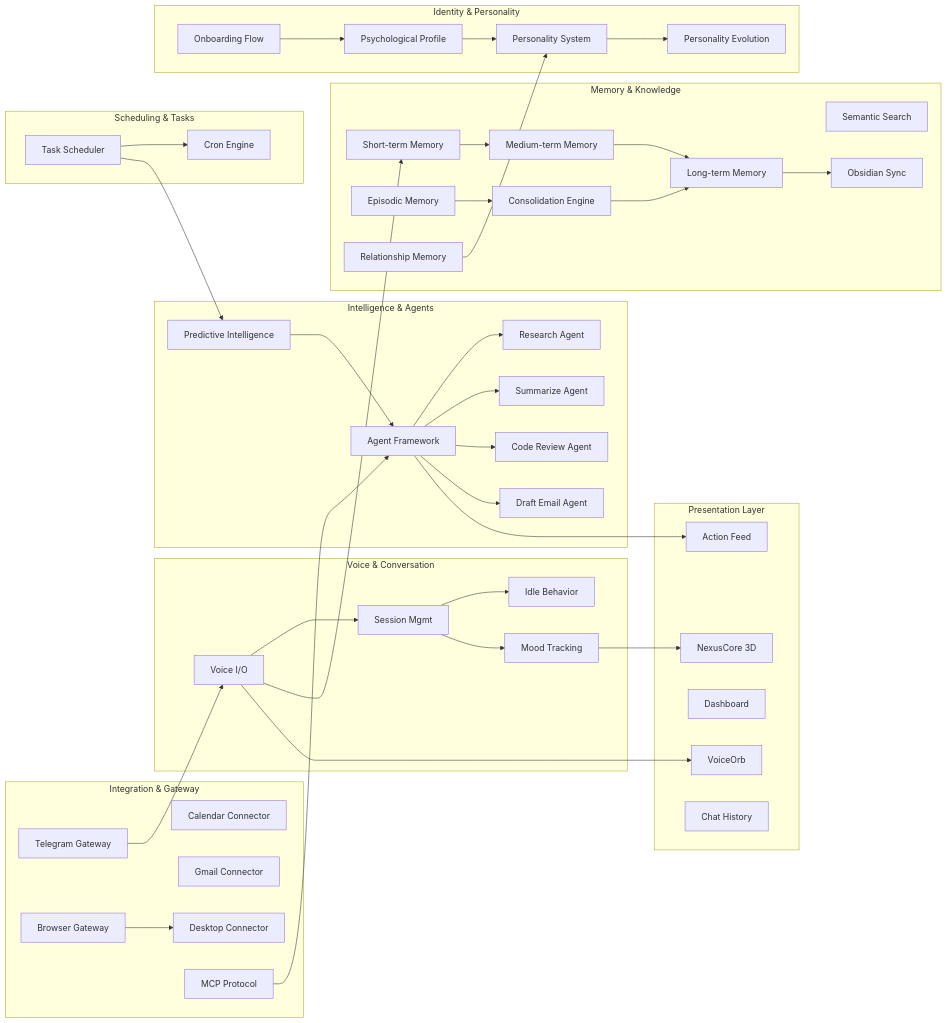
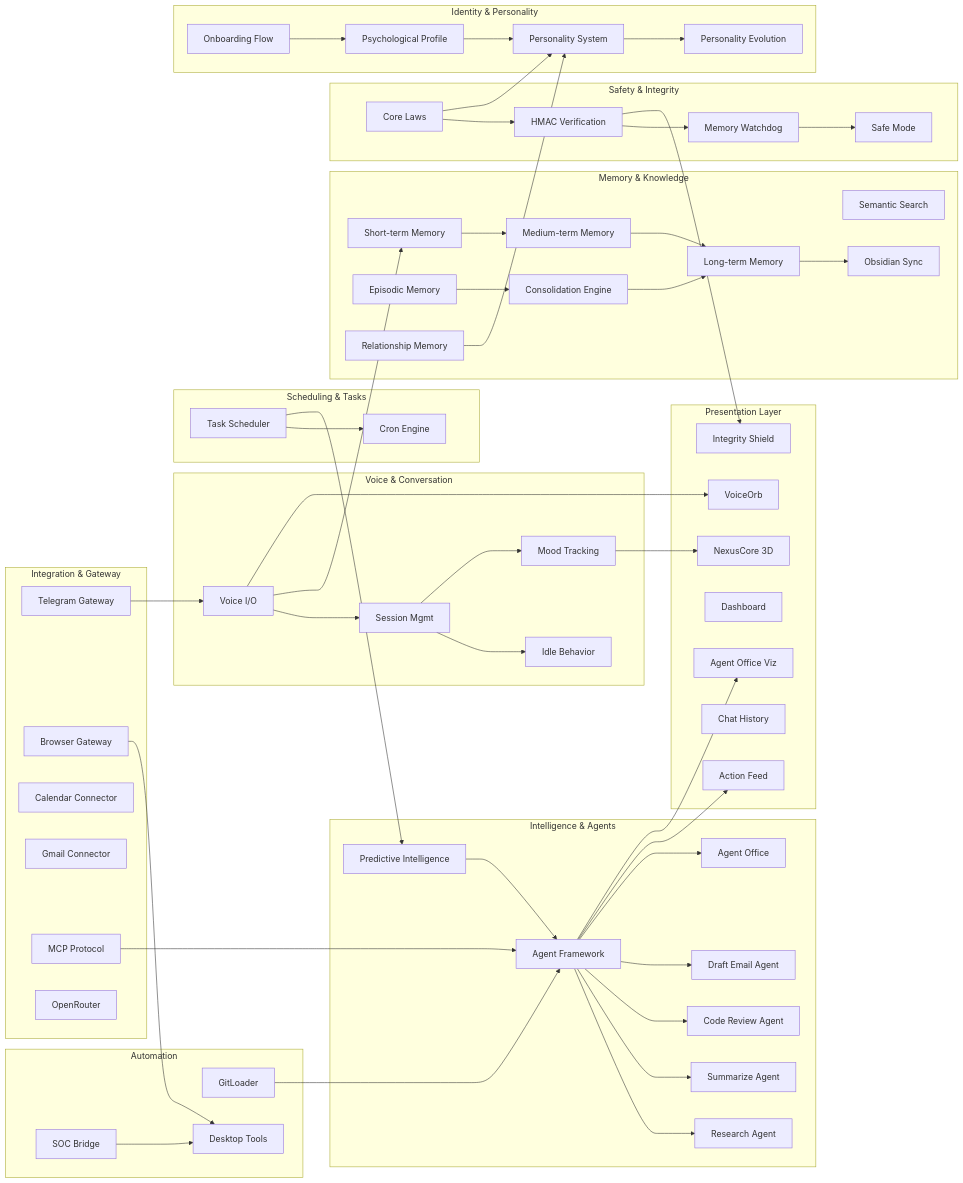
The second of 17 diagrams in ARCHITECTURE.md (FutureSpeakAI/Agent-Friday), drawn with Mermaid before and after one commit. The commit also changed other lines of this file and 1 other file, not shown here.

First line of the commit message:
Comprehensive documentation rewrite — README and ARCHITECTURE

````diff
--- a/ARCHITECTURE.md
+++ b/ARCHITECTURE.md
@@ -130,6 +145,20 @@
         SUMMARIZE[Summarize Agent]
         CODE_REV[Code Review Agent]
         DRAFT[Draft Email Agent]
+        OFFICE_MGR[Agent Office]
+    end
+
+    subgraph "Safety & Integrity"
+        CLAWS[Core Laws]
+        HMAC_SYS[HMAC Verification]
+        WATCHDOG[Memory Watchdog]
+        SAFE_MODE[Safe Mode]
+    end
+
+    subgraph "Automation"
+        SOC_BRIDGE[SOC Bridge]
+        GIT_LOAD[GitLoader]
+        DESKTOP_AUTO[Desktop Tools]
     end
 
     subgraph "Integration & Gateway"
@@ -137,8 +166,8 @@
         BROWSER_GW[Browser Gateway]
         CAL_CONN[Calendar Connector]
         MAIL_CONN[Gmail Connector]
-        DESK_CONN[Desktop Connector]
         MCP[MCP Protocol]
+        OR_CONN[OpenRouter]
     end
 
     subgraph "Scheduling & Tasks"
@@ -156,9 +185,11 @@
     subgraph "Presentation Layer"
         NEXUS[NexusCore 3D]
         ORB[VoiceOrb]
+        OFFICE_VIS[Agent Office Viz]
         DASH[Dashboard]
         ACTIONS[Action Feed]
         CHAT[Chat History]
+        SHIELD[Integrity Shield]
     end
 
     VOICE --> SESSION
@@ -177,9 +208,18 @@
     AGENT_FW --> SUMMARIZE
     AGENT_FW --> CODE_REV
     AGENT_FW --> DRAFT
+    AGENT_FW --> OFFICE_MGR
+
+    CLAWS --> HMAC_SYS
+    HMAC_SYS --> WATCHDOG
+    WATCHDOG --> SAFE_MODE
+    CLAWS --> PERSONA
+
+    SOC_BRIDGE --> DESKTOP_AUTO
+    GIT_LOAD --> AGENT_FW
 
     TELE_GW --> VOICE
-    BROWSER_GW --> DESK_CONN
+    BROWSER_GW --> DESKTOP_AUTO
     MCP --> AGENT_FW
 
     SCHEDULER --> CRON
@@ -192,4 +232,6 @@
     MOOD --> NEXUS
     VOICE --> ORB
     AGENT_FW --> ACTIONS
+    AGENT_FW --> OFFICE_VIS
+    HMAC_SYS --> SHIELD
 ```
````
